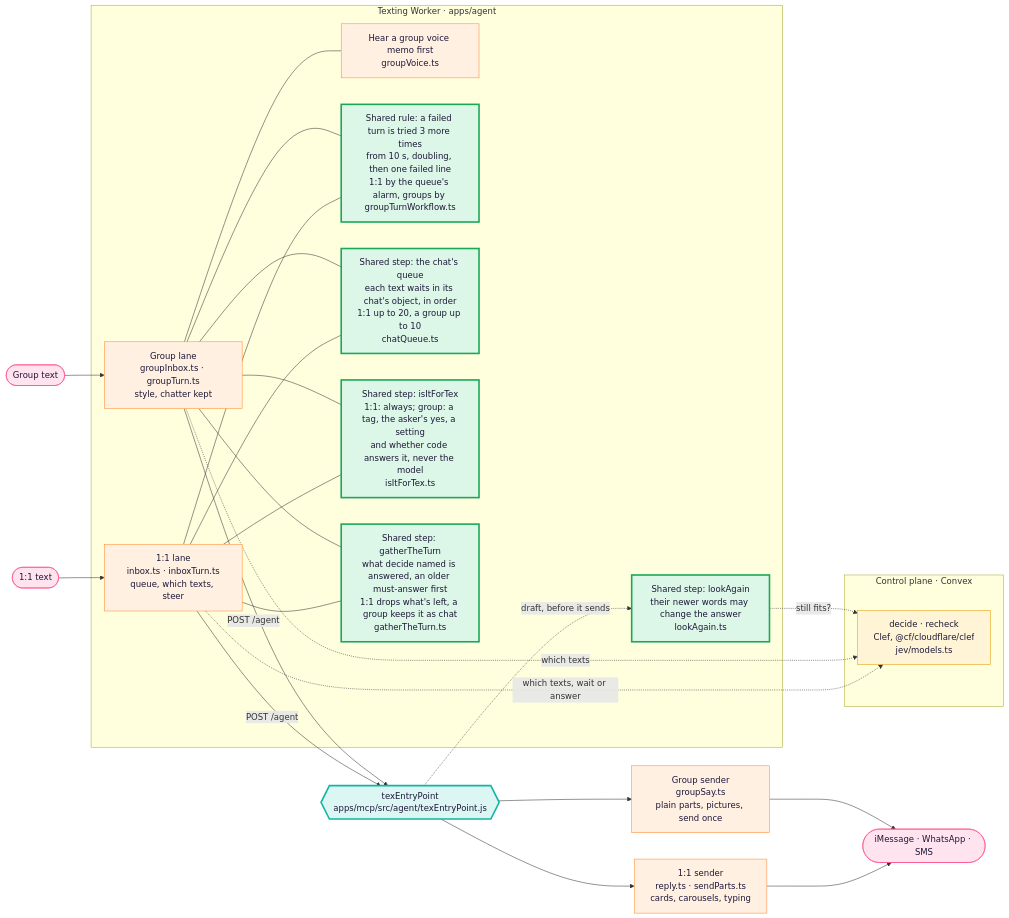
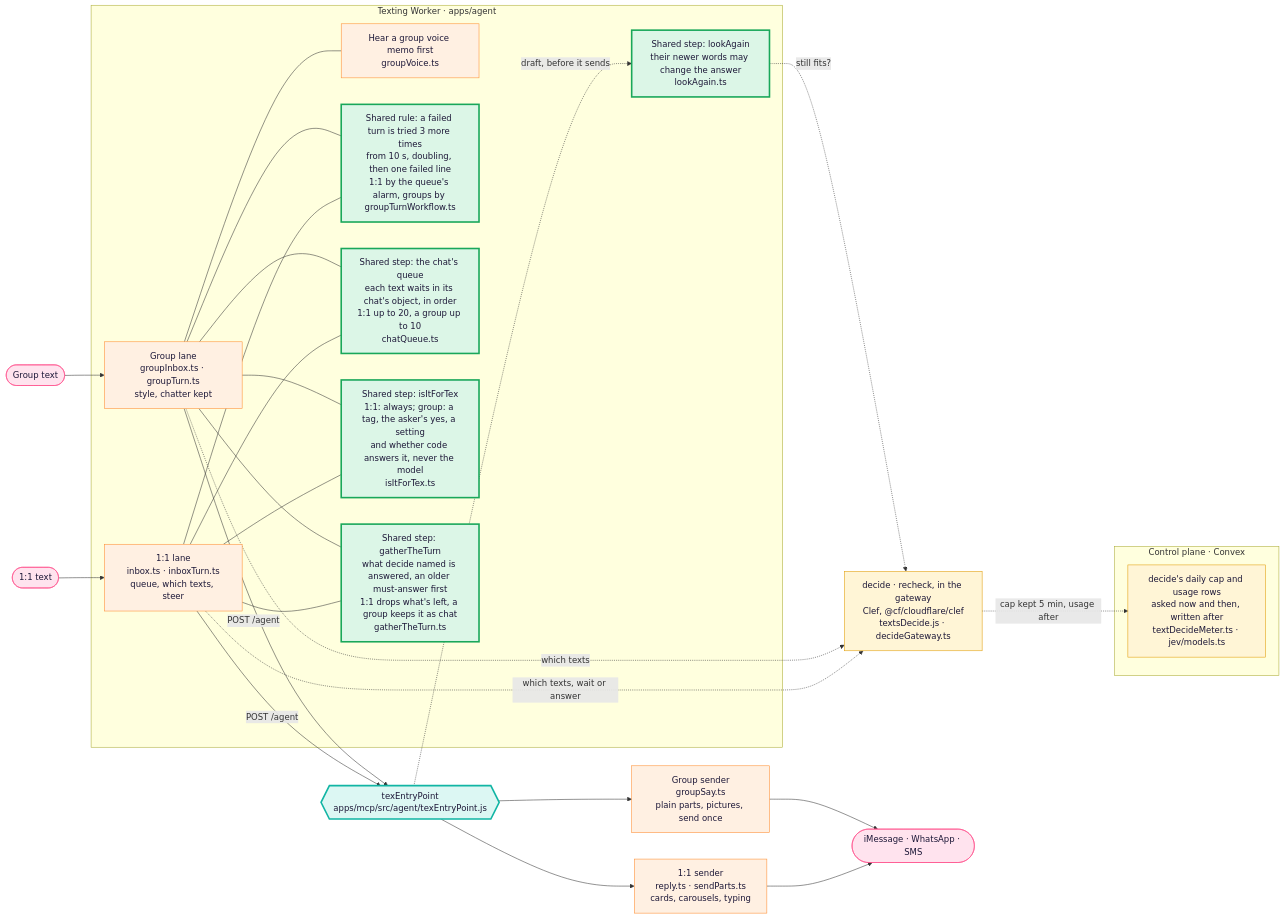
Before and after one commit to Supa-Media/context: the first of 3 diagrams in docs/architecture/tex.md, drawn with Mermaid. The commit also changed other lines of this file and 13 other files, not shown here.

First line of the commit message:
Ask decide and the last look of Clef in the gateway, cap and usage kept

````diff
--- a/docs/architecture/tex.md
+++ b/docs/architecture/tex.md
@@ -22,43 +22,45 @@
 ```mermaid
 flowchart LR
   P1([1:1 text]):::you --> W1
   P2([Group text]):::you --> W2
   subgraph Worker["Texting Worker · apps/agent"]
     W1["1:1 lane<br/>inbox.ts · inboxTurn.ts<br/>queue, which texts, steer"]:::pipe
     W2["Group lane<br/>groupInbox.ts · groupTurn.ts<br/>style, chatter kept"]:::pipe
     H["Hear a group voice memo first<br/>groupVoice.ts"]:::pipe
     W2 --- H
     LA["Shared step: lookAgain<br/>their newer words may change the answer<br/>lookAgain.ts"]:::shared
     RT["Shared rule: a failed turn is tried 3 more times<br/>from 10 s, doubling, then one failed line<br/>1:1 by the queue's alarm, groups by groupTurnWorkflow.ts"]:::shared
     W1 --- RT
     W2 --- RT
     Q["Shared step: the chat's queue<br/>each text waits in its chat's object, in order<br/>1:1 up to 20, a group up to 10<br/>chatQueue.ts"]:::shared
     W1 --- Q
     W2 --- Q
     FT["Shared step: isItForTex<br/>1:1: always; group: a tag, the asker's yes, a setting<br/>and whether code answers it, never the model<br/>isItForTex.ts"]:::shared
     W1 --- FT
     W2 --- FT
     GT["Shared step: gatherTheTurn<br/>what decide named is answered, an older must-answer first<br/>1:1 drops what's left, a group keeps it as chat<br/>gatherTheTurn.ts"]:::shared
     W1 --- GT
     W2 --- GT
   end
+  D["decide · recheck, in the gateway<br/>Clef, @cf/cloudflare/clef<br/>textsDecide.js · decideGateway.ts"]:::judge
   subgraph Control["Control plane · Convex"]
-    D["decide · recheck<br/>Clef, @cf/cloudflare/clef<br/>jev/models.ts"]:::judge
+    CAP["decide's daily cap and usage rows<br/>asked now and then, written after<br/>textDecideMeter.ts · jev/models.ts"]:::judge
   end
+  D -. cap kept 5 min, usage after .-> CAP
   W1 -. which texts, wait or answer .-> D
   W2 -. which texts .-> D
   E -. draft, before it sends .-> LA
   LA -. still fits? .-> D
   W1 -->|POST /agent| E
   W2 -->|POST /agent| E
   E{{"texEntryPoint<br/>apps/mcp/src/agent/texEntryPoint.js"}}:::door
   E --> S1["1:1 sender<br/>reply.ts · sendParts.ts<br/>cards, carousels, typing"]:::pipe
   E --> S2["Group sender<br/>groupSay.ts<br/>plain parts, pictures, send once"]:::pipe
   S1 --> Out([iMessage · WhatsApp · SMS]):::you
   S2 --> Out
   classDef you fill:#ffe3ee,stroke:#ff4f8b,color:#1d1838
   classDef pipe fill:#fff0e2,stroke:#ff8a2a,color:#1d1838
   classDef door fill:#dcf7f3,stroke:#11b5a4,stroke-width:3px,color:#1d1838
   classDef judge fill:#fff5d6,stroke:#e09a00,color:#1d1838
   classDef shared fill:#dcf6e7,stroke:#19a75a,stroke-width:3px,color:#1d1838
 ```
````
